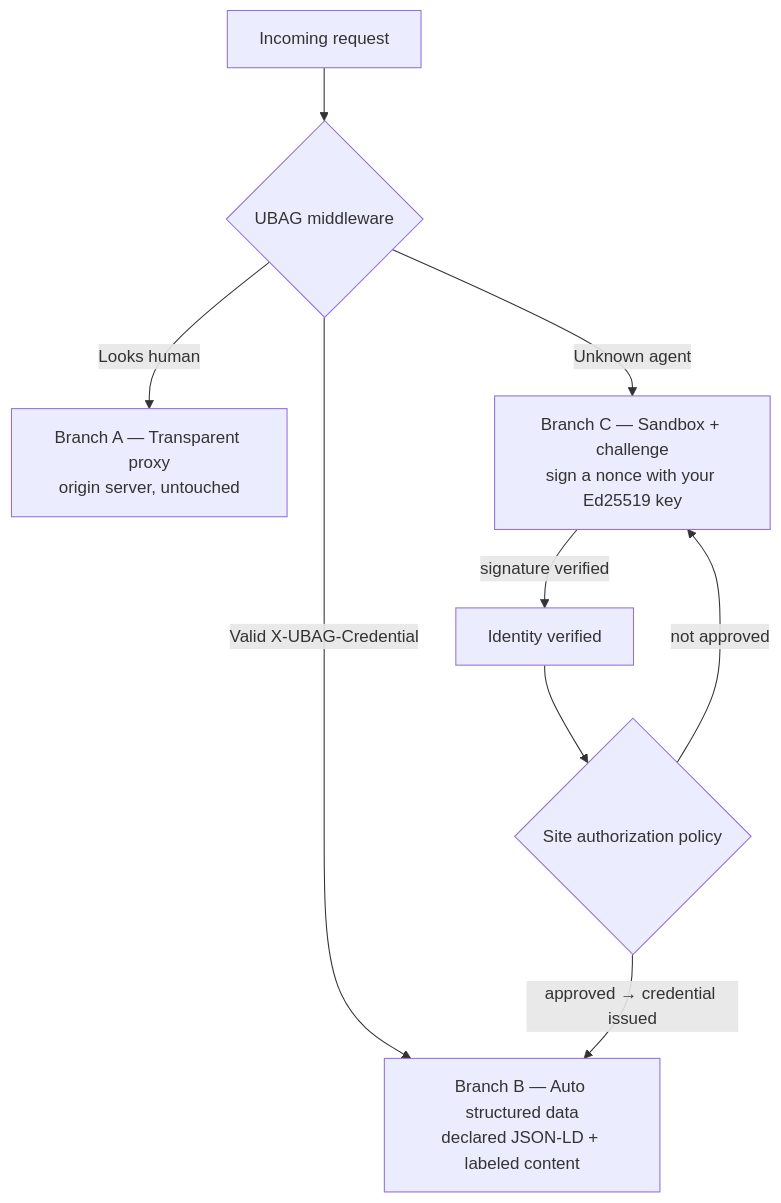
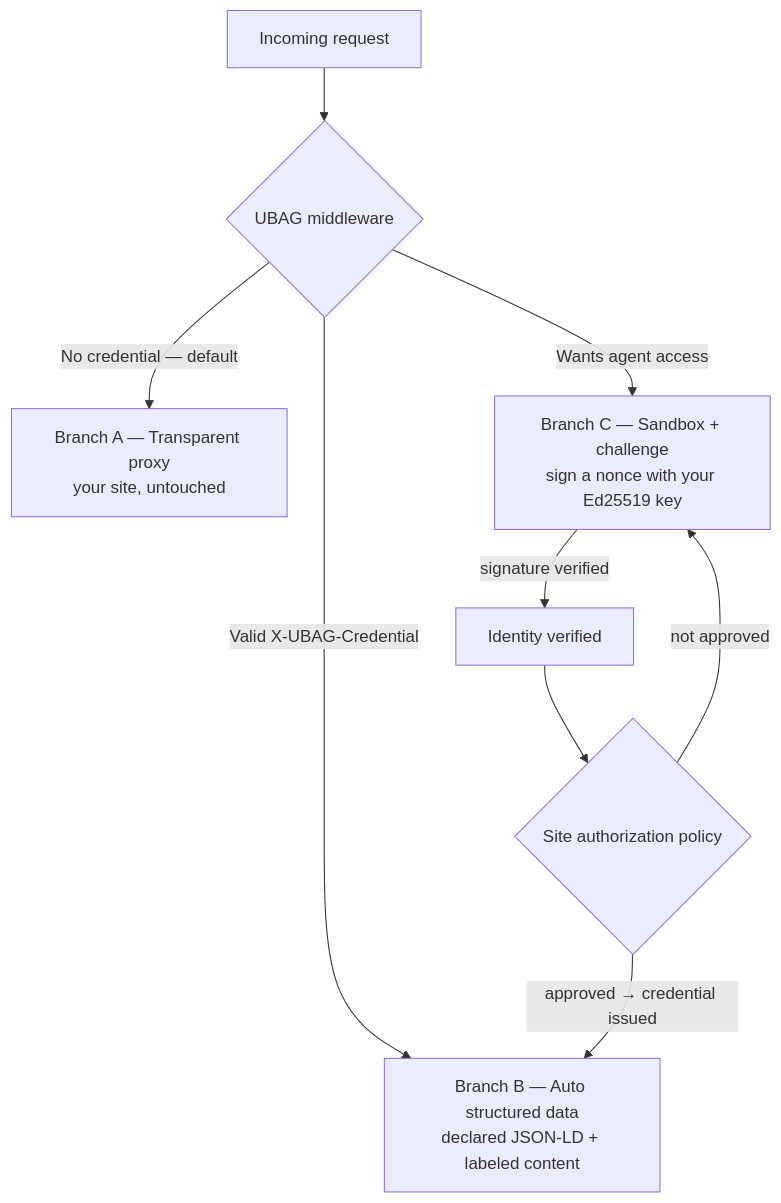
The diagram in README.md (mohameduk/Ubag_protocol), drawn with Mermaid before and after one commit.

Commit message:
README: route by proof, not detection (drop 'Looks human' label)
The routing diagram labeled the human path 'Looks human', implying spoofable
human-vs-agent detection. Routing follows what the client proves: valid
credential -> Branch B, no credential -> your site by default, wants agent
access -> the challenge. No detection claim.

````diff
--- a/README.md
+++ b/README.md
@@ -58,11 +58,11 @@
 ```mermaid
 flowchart TD
     R[Incoming request] --> M{UBAG middleware}
     M -->|Valid X-UBAG-Credential| B["Branch B — Auto structured data<br/>declared JSON-LD + labeled content"]
-    M -->|Looks human| A["Branch A — Transparent proxy<br/>origin server, untouched"]
-    M -->|Unknown agent| C["Branch C — Sandbox + challenge<br/>sign a nonce with your Ed25519 key"]
+    M -->|No credential — default| A["Branch A — Transparent proxy<br/>your site, untouched"]
+    M -->|Wants agent access| C["Branch C — Sandbox + challenge<br/>sign a nonce with your Ed25519 key"]
     C -->|signature verified| I["Identity verified"]
     I --> P{Site authorization policy}
     P -->|approved → credential issued| B
     P -->|not approved| C
 ```
````
